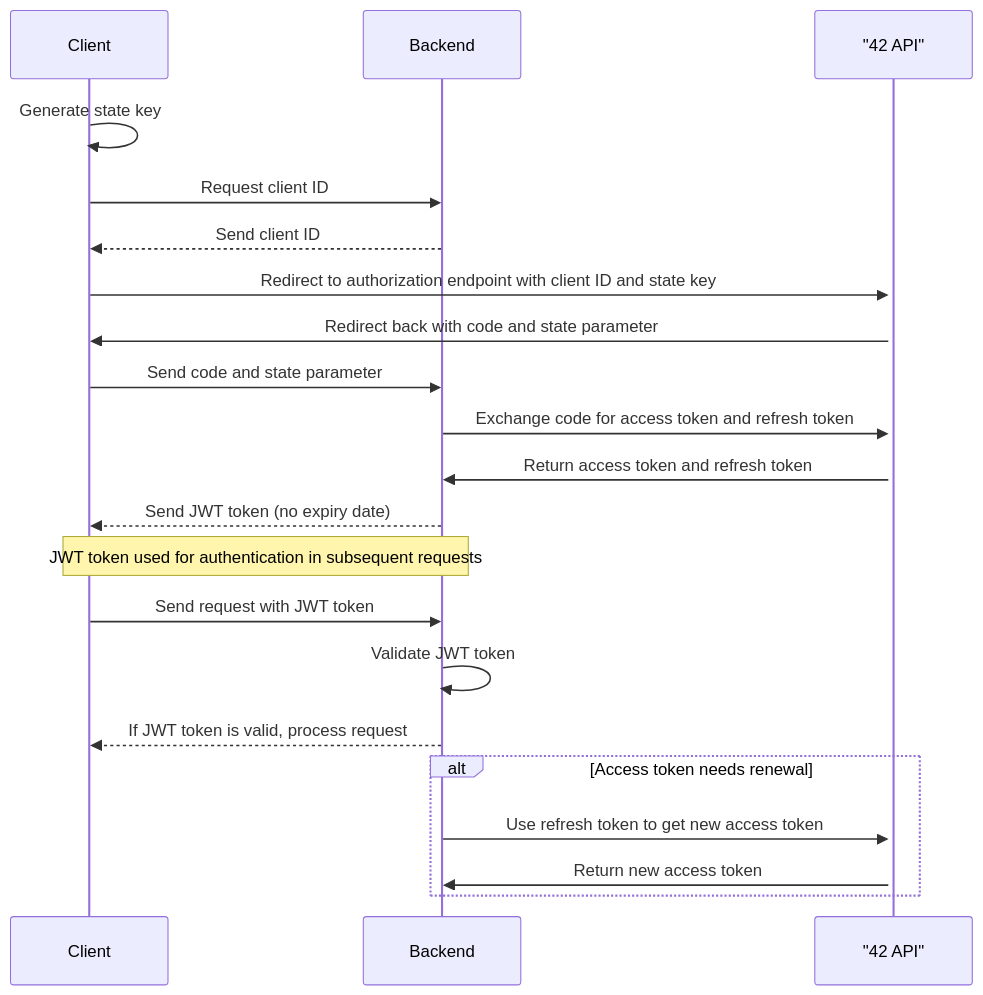
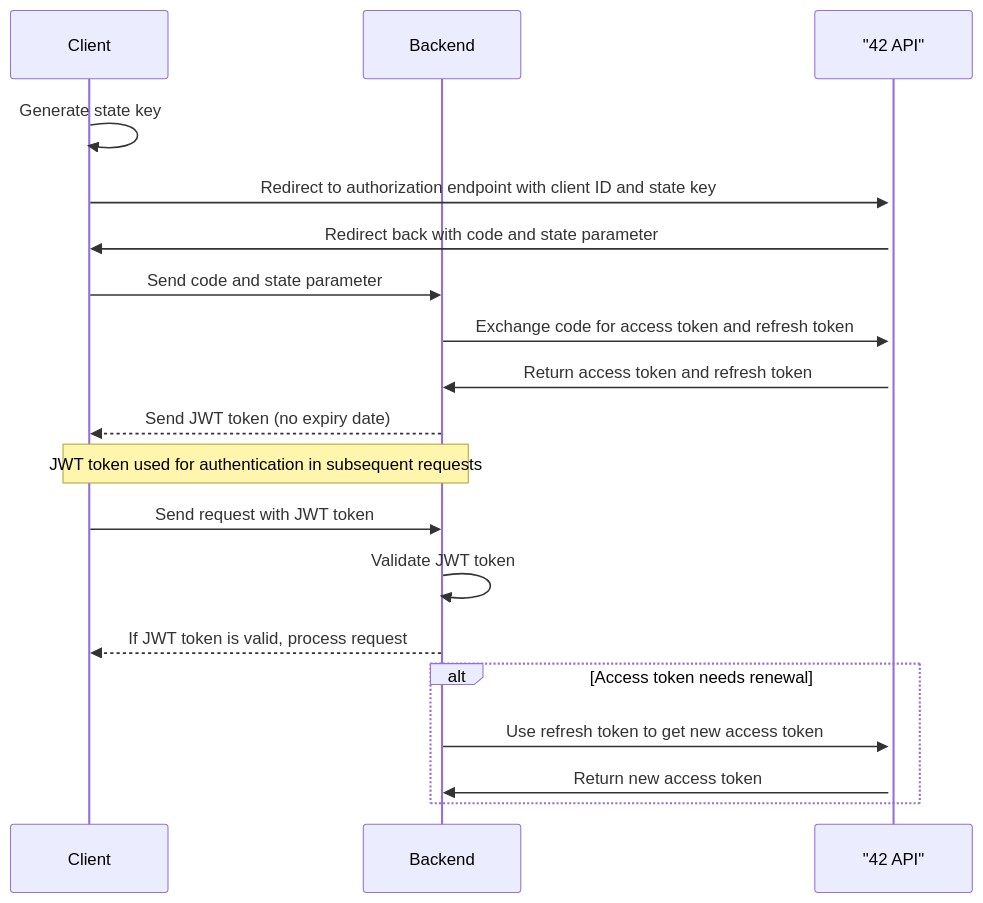
One commit to nscheefe/transcendence changed the third of 3 diagrams in README.md. Above: the diagram before and after it, drawn with Mermaid.

Commit message:
[readme] update auth flow to not get client_id from backend

````diff
--- a/README.md
+++ b/README.md
@@ -277,27 +277,25 @@
 ```mermaid
 sequenceDiagram
     participant Client
     participant Backend
     participant "42 API"
 
     Client->>Client: Generate state key
-    Client->>Backend: Request client ID
-    Backend-->>Client: Send client ID
     Client->>+"42 API": Redirect to authorization endpoint with client ID and state key
     "42 API"->>Client: Redirect back with code and state parameter
     Client->>Backend: Send code and state parameter
     Backend->>+"42 API": Exchange code for access token and refresh token
     "42 API"->>Backend: Return access token and refresh token
     Backend-->>Client: Send JWT token (no expiry date)
 
     Note over Client,Backend: JWT token used for authentication in subsequent requests
 
     Client->>Backend: Send request with JWT token
     Backend->>Backend: Validate JWT token
     Backend-->>Client: If JWT token is valid, process request
 
     alt Access token needs renewal
         Backend->>+"42 API": Use refresh token to get new access token
         "42 API"->>Backend: Return new access token
     end
 ```
````
